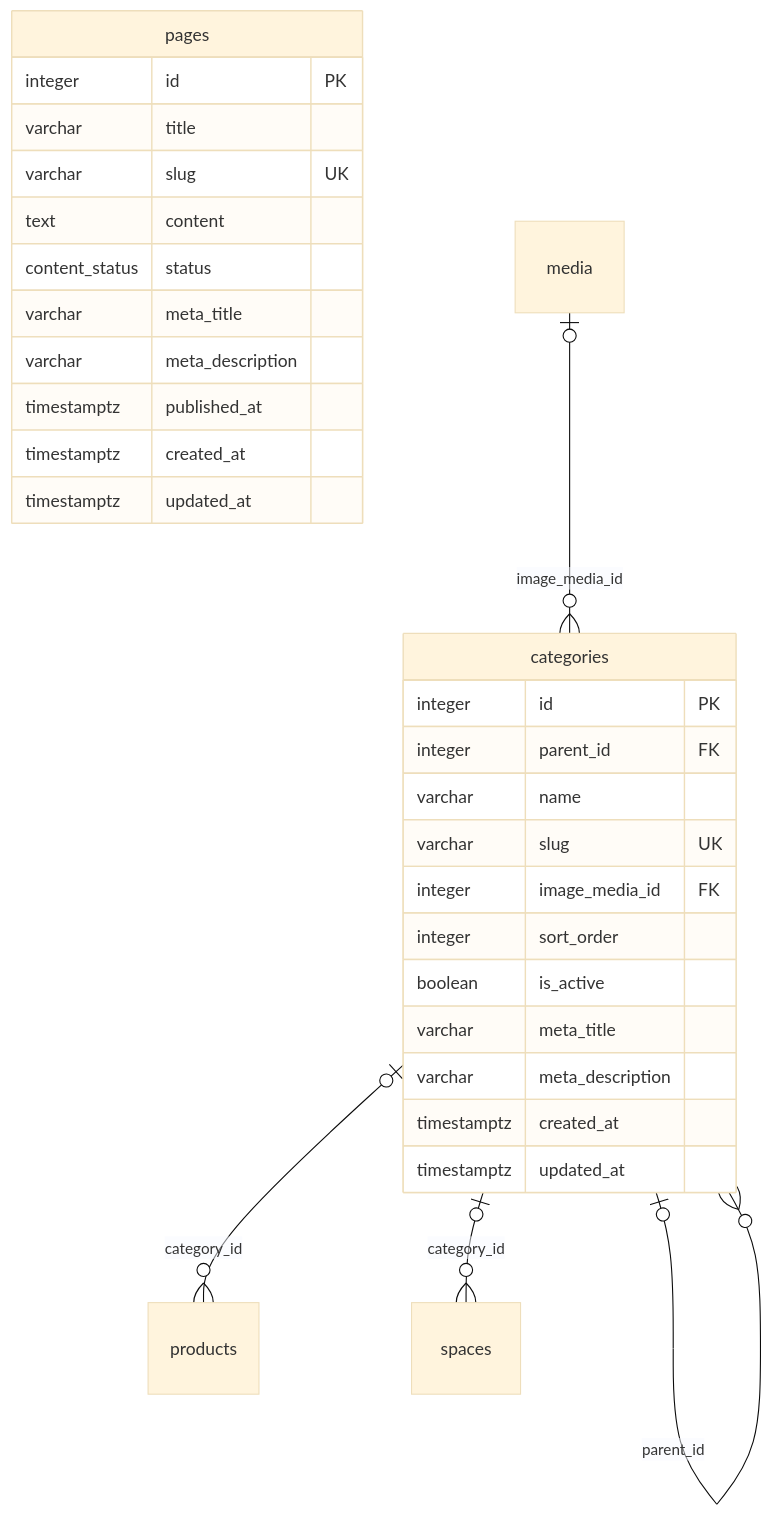
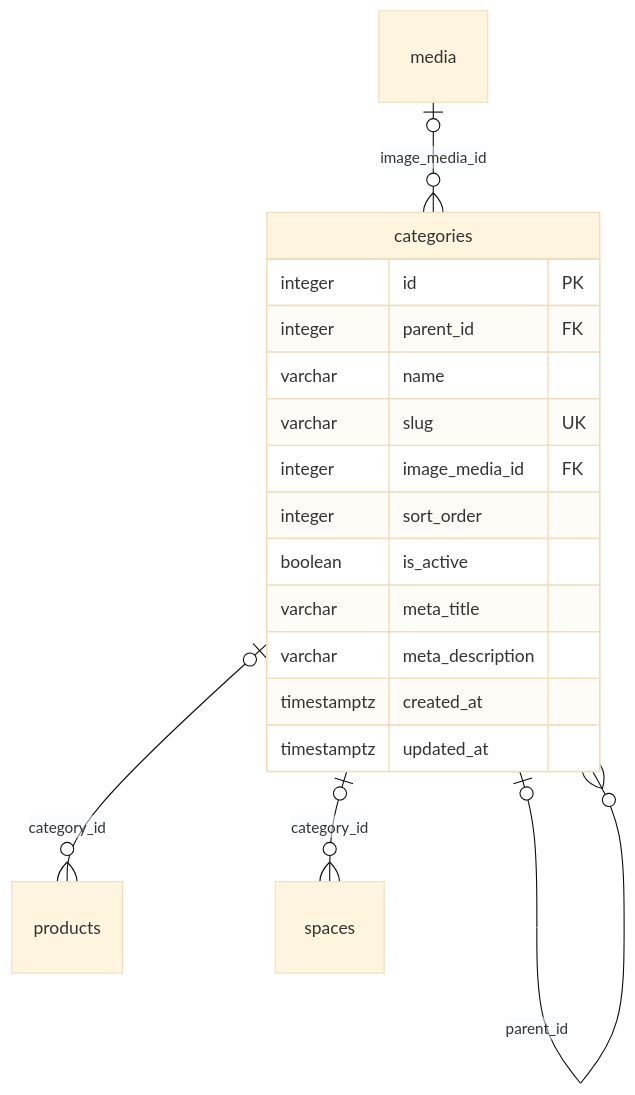
One commit to 2431540234-arch/XDUDTMDT changed the third of 9 diagrams in docs/DATABASE_SCHEMA.md. Above: the diagram before and after it, drawn with Mermaid (base theme). The commit also changed other lines of this file and 19 other files, not shown here.

First line of the commit message:
docs: cập nhật tài liệu theo schema 32 bảng

````diff
--- a/docs/DATABASE_SCHEMA.md
+++ b/docs/DATABASE_SCHEMA.md
@@ -1413,32 +955,20 @@
 ```mermaid
 erDiagram
     categories {
         integer id PK
         integer parent_id FK
         varchar name
         varchar slug UK
         integer image_media_id FK
         integer sort_order
         boolean is_active
         varchar meta_title
         varchar meta_description
         timestamptz created_at
         timestamptz updated_at
     }
-    pages {
-        integer id PK
-        varchar title
-        varchar slug UK
-        text content
-        content_status status
-        varchar meta_title
-        varchar meta_description
-        timestamptz published_at
-        timestamptz created_at
-        timestamptz updated_at
-    }
     media |o--o{ categories : "image_media_id"
     categories |o--o{ categories : "parent_id"
     categories |o--o{ products : "category_id"
     categories |o--o{ spaces : "category_id"
 ```
````
